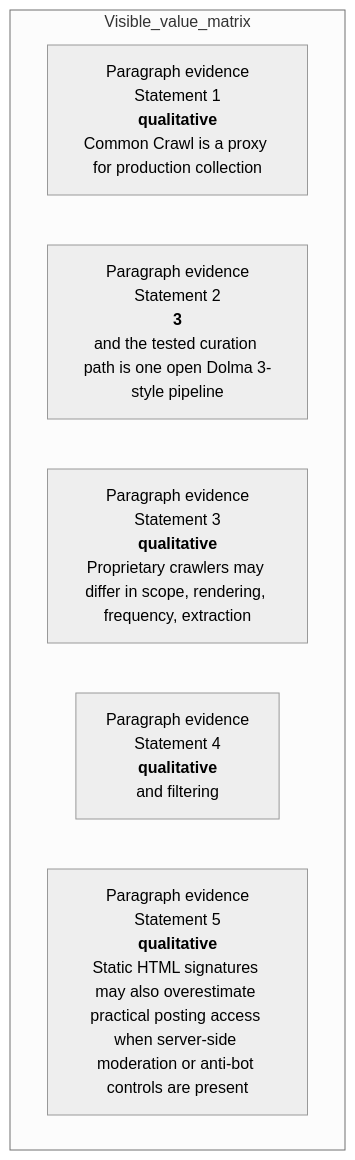
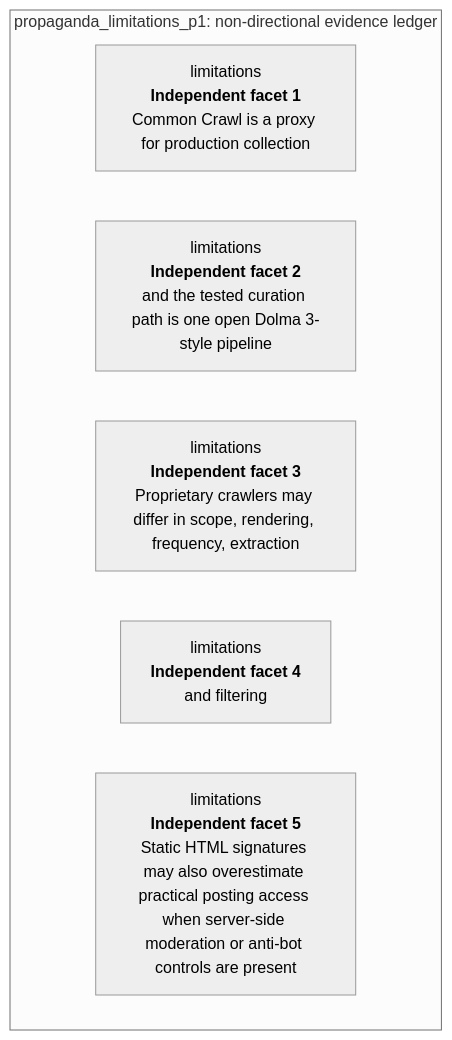
Diagram 38 of 48 in docs/visual-manifests/VISUAL_MANIFEST_COMPUTATIONAL_PROPAGANDA.md (Betancourt1/paper_atlas), drawn with Mermaid (neutral theme) before and after one commit. The commit also changed other lines of this file and 7 other files, not shown here.

````diff
--- a/docs/visual-manifests/VISUAL_MANIFEST_COMPUTATIONAL_PROPAGANDA.md
+++ b/docs/visual-manifests/VISUAL_MANIFEST_COMPUTATIONAL_PROPAGANDA.md
@@ -3222,10 +3194,10 @@
 ```mermaid
 flowchart TB
-  subgraph Visible_value_matrix
-    r1["Paragraph evidence<br/>Statement 1<br/><b>qualitative</b><br/>Common Crawl is a proxy for production collection"]
-    r2["Paragraph evidence<br/>Statement 2<br/><b>3</b><br/>and the tested curation path is one open Dolma 3-style pipeline"]
-    r3["Paragraph evidence<br/>Statement 3<br/><b>qualitative</b><br/>Proprietary crawlers may differ in scope, rendering, frequency, extraction"]
-    r4["Paragraph evidence<br/>Statement 4<br/><b>qualitative</b><br/>and filtering"]
-    r5["Paragraph evidence<br/>Statement 5<br/><b>qualitative</b><br/>Static HTML signatures may also overestimate practical posting access when server-side moderation or anti-bot controls are present"]
+  subgraph Ledger["propaganda_limitations_p1: non-directional evidence ledger"]
+    r1["limitations<br/><b>Independent facet 1</b><br/>Common Crawl is a proxy for production collection"]
+    r2["limitations<br/><b>Independent facet 2</b><br/>and the tested curation path is one open Dolma 3-style pipeline"]
+    r3["limitations<br/><b>Independent facet 3</b><br/>Proprietary crawlers may differ in scope, rendering, frequency, extraction"]
+    r4["limitations<br/><b>Independent facet 4</b><br/>and filtering"]
+    r5["limitations<br/><b>Independent facet 5</b><br/>Static HTML signatures may also overestimate practical posting access when server-side moderation or anti-bot controls are present"]
   end
 ```
````
